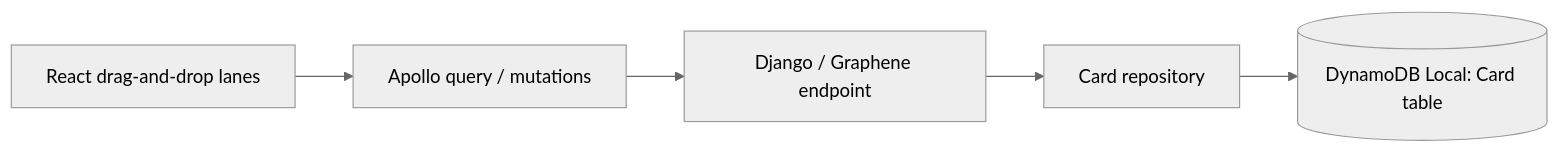
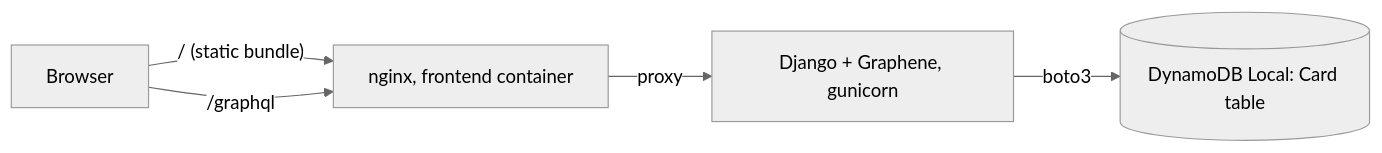
One commit to DevCipher-blip/task-board-app changed the diagram in README.md. Above: the diagram before and after it, drawn with Mermaid (neutral theme). The commit also changed other lines of this file and 5 other files, not shown here.

````diff
--- a/README.md
+++ b/README.md
@@ -10,7 +37,7 @@
 ```mermaid
 flowchart LR
-  UI[React drag-and-drop lanes] --> Apollo[Apollo query / mutations]
-  Apollo --> GraphQL[Django / Graphene endpoint]
-  GraphQL --> Cards[Card repository]
-  Cards --> Dynamo[(DynamoDB Local: Card table)]
+  Browser -->|"/ (static bundle)"| Nginx[nginx, frontend container]
+  Browser -->|/graphql| Nginx
+  Nginx -->|proxy| API[Django + Graphene, gunicorn]
+  API -->|boto3| Dynamo[(DynamoDB Local: Card table)]
 ```
````
